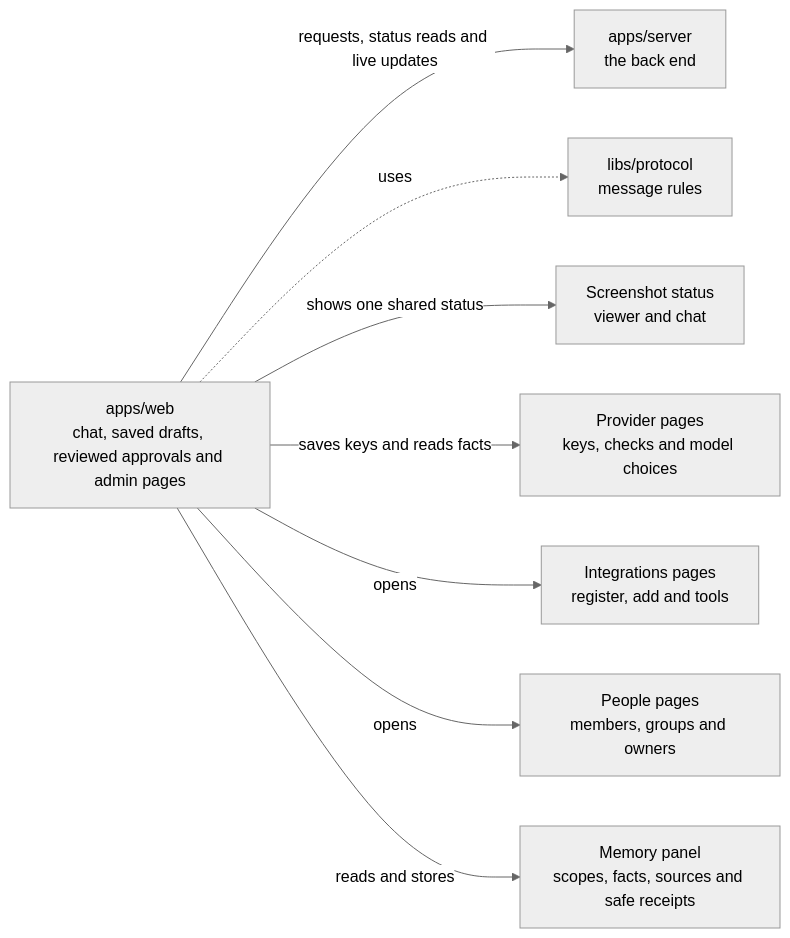
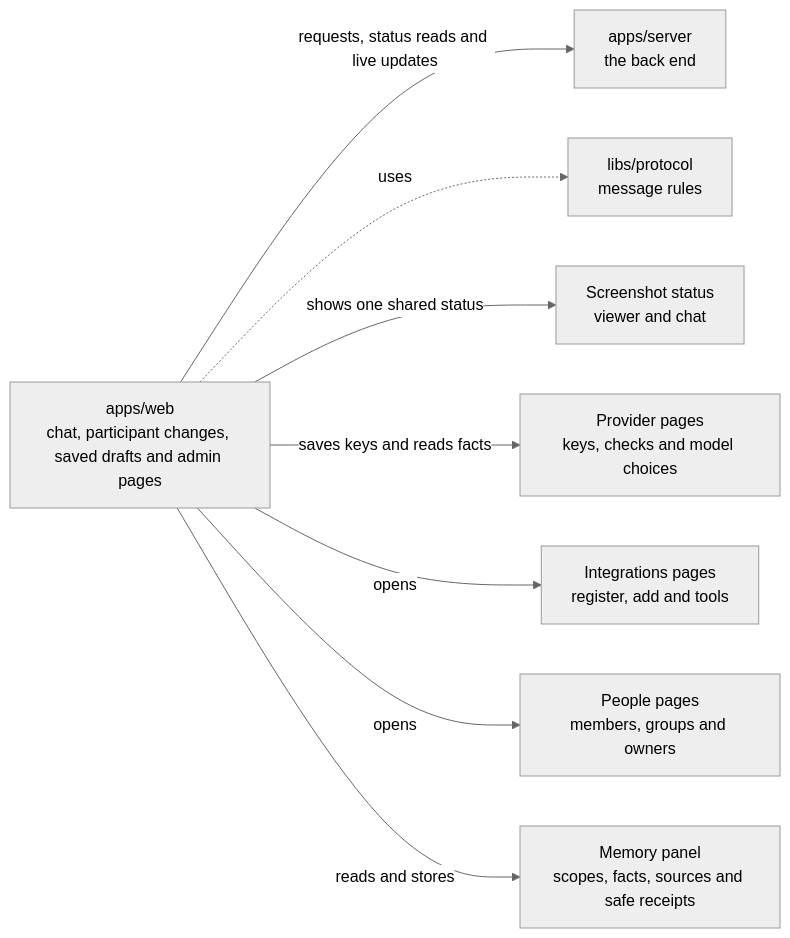
Before and after one commit to elewa-git/opencrane-new: the diagram in apps/web/README.md, drawn with Mermaid (neutral theme). The commit also changed other lines of this file and 13 other files, not shown here.

````diff
--- a/apps/web/README.md
+++ b/apps/web/README.md
@@ -11,10 +11,10 @@
 ```mermaid
 flowchart LR
-  web["apps/web<br/>chat, saved drafts, reviewed approvals and admin pages"] -->|requests, status reads and live updates| server["apps/server<br/>the back end"]
+  web["apps/web<br/>chat, participant changes, saved drafts and admin pages"] -->|requests, status reads and live updates| server["apps/server<br/>the back end"]
   web -.->|uses| protocol["libs/protocol<br/>message rules"]
   web -->|shows one shared status| capture["Screenshot status<br/>viewer and chat"]
   web -->|saves keys and reads facts| providers["Provider pages<br/>keys, checks and model choices"]
   web -->|opens| integrations["Integrations pages<br/>register, add and tools"]
   web -->|opens| people["People pages<br/>members, groups and owners"]
   web -->|reads and stores| memory["Memory panel<br/>scopes, facts, sources and safe receipts"]
 ```
````
